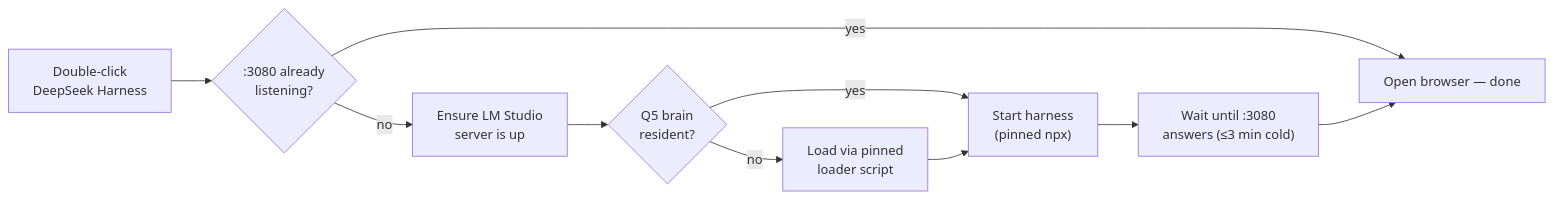
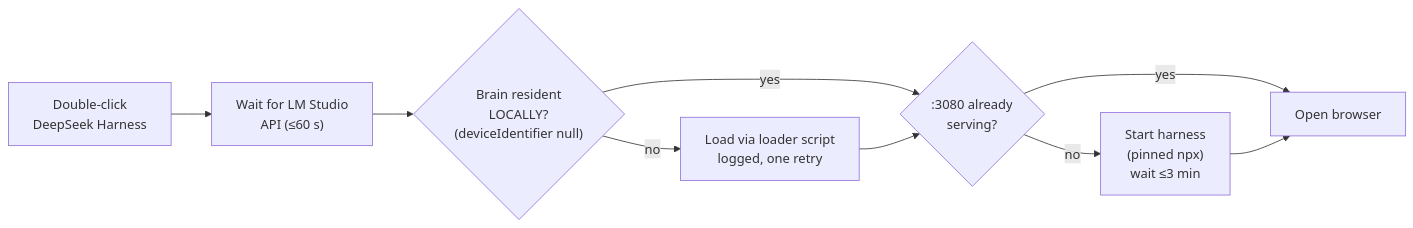
The third of 3 diagrams in docs/USER-MANUAL.md (scottconverse/halo-stack), drawn with Mermaid before and after one commit. The commit also changed other lines of this file and 15 other files, not shown here.

````diff
--- a/docs/USER-MANUAL.md
+++ b/docs/USER-MANUAL.md
@@ -87,12 +87,11 @@
 ```mermaid
 flowchart LR
-    A["Double-click<br/>DeepSeek Harness"] --> B{":3080 already<br/>listening?"}
-    B -- yes --> Z["Open browser — done"]
-    B -- no --> C["Ensure LM Studio<br/>server is up"]
-    C --> D{"Q5 brain<br/>resident?"}
-    D -- no --> E["Load via pinned<br/>loader script"]
+    A["Double-click<br/>DeepSeek Harness"] --> C["Wait for LM Studio<br/>API (≤60 s)"]
+    C --> D{"Brain resident<br/>LOCALLY?<br/>(deviceIdentifier null)"}
+    D -- no --> E["Load via loader script<br/>logged, one retry"]
     D -- yes --> F
-    E --> F["Start harness<br/>(pinned npx)"]
-    F --> G["Wait until :3080<br/>answers (≤3 min cold)"]
+    E --> F{":3080 already<br/>serving?"}
+    F -- no --> G["Start harness<br/>(pinned npx)<br/>wait ≤3 min"]
+    F -- yes --> Z["Open browser"]
     G --> Z
 ```
````
